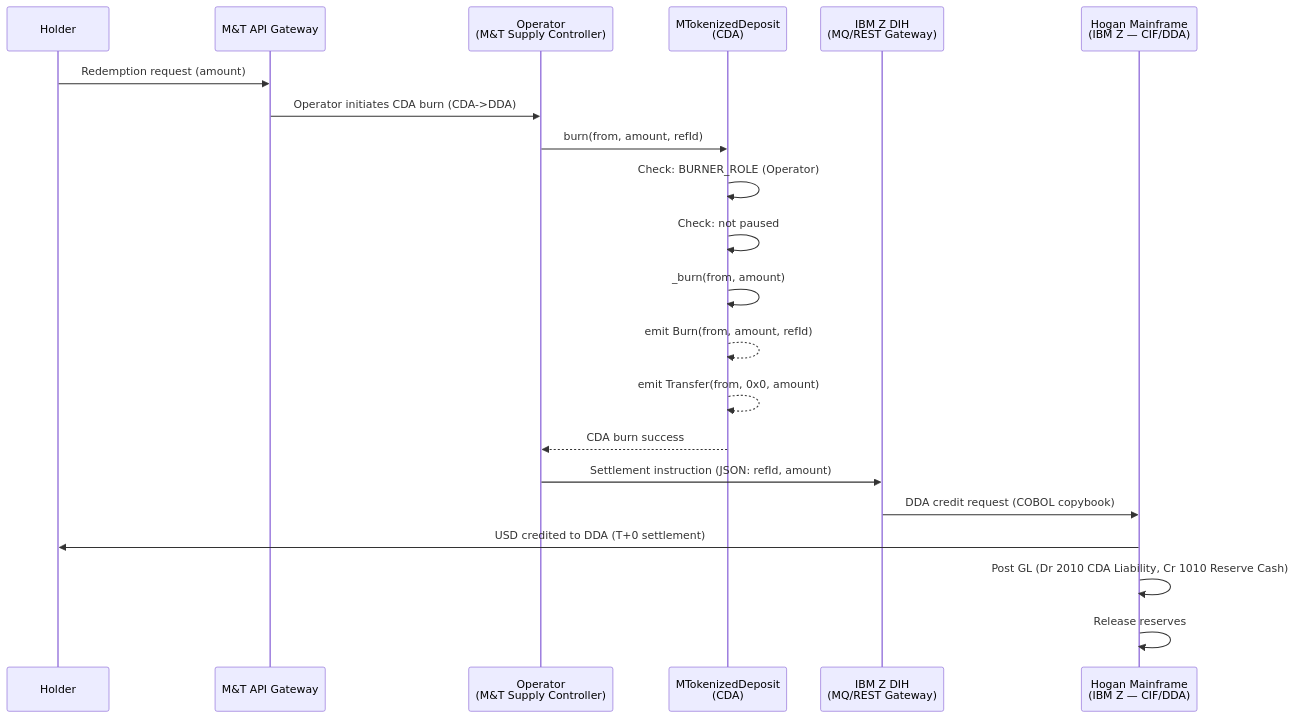
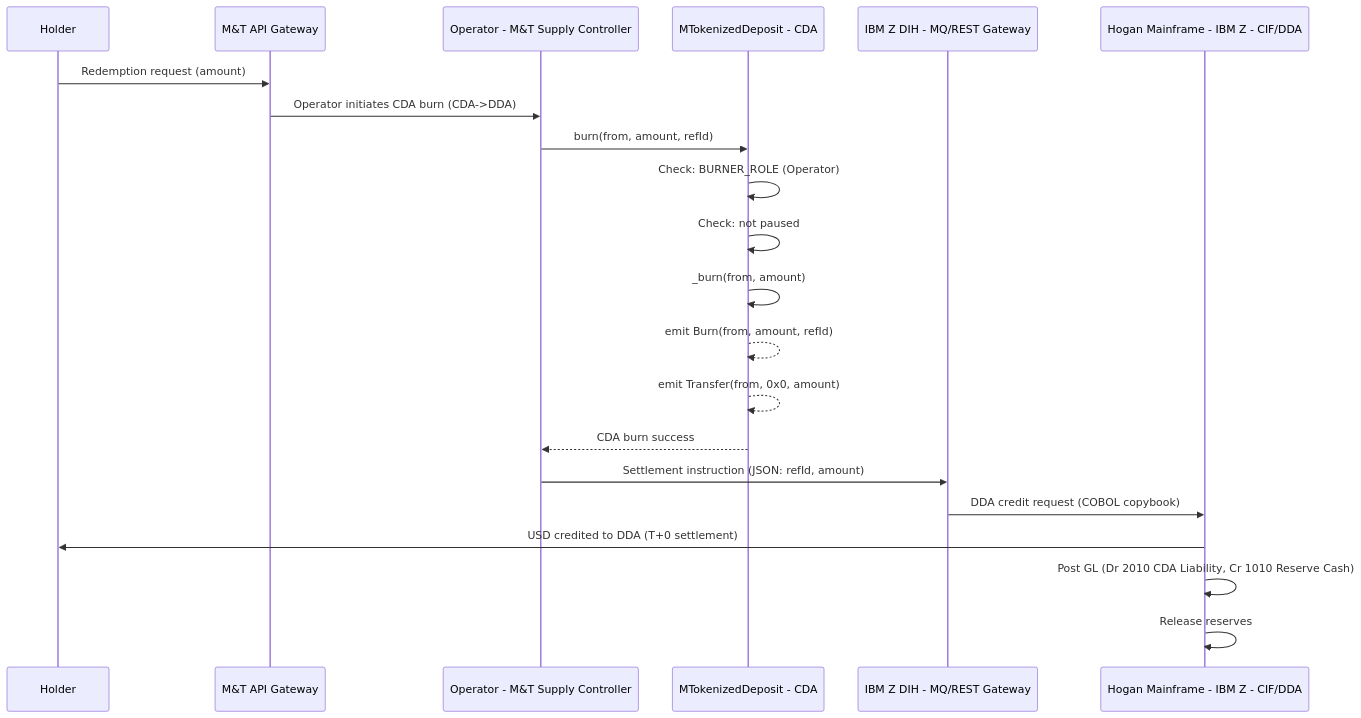
The second of 6 diagrams in docs/contract_flow_diagrams.md (jnodes/tokenized-deposits), drawn with Mermaid before and after one commit. The commit also changed other lines of this file and 6 other files, not shown here.

Commit message:
fix: repair Mermaid diagram syntax for GitHub rendering — quote special chars, remove em-dashes, fix participant labels

````diff
--- a/docs/contract_flow_diagrams.md
+++ b/docs/contract_flow_diagrams.md
@@ -41,24 +41,24 @@
 ```mermaid
 sequenceDiagram
     participant Holder
     participant API as M&T API Gateway
-    participant Operator as Operator<br/>(M&T Supply Controller)
-    participant Token as MTokenizedDeposit<br/>(CDA)
-    participant ZDIH as IBM Z DIH<br/>(MQ/REST Gateway)
-    participant Hogan as Hogan Mainframe<br/>(IBM Z — CIF/DDA)
+    participant Operator as Operator - M&T Supply Controller
+    participant Token as MTokenizedDeposit - CDA
+    participant ZDIH as IBM Z DIH - MQ/REST Gateway
+    participant Hogan as Hogan Mainframe - IBM Z - CIF/DDA
 
     Holder->>API: Redemption request (amount)
     API->>Operator: Operator initiates CDA burn (CDA->DDA)
     Operator->>Token: burn(from, amount, refId)
     Token->>Token: Check: BURNER_ROLE (Operator)
     Token->>Token: Check: not paused
     Token->>Token: _burn(from, amount)
     Token-->>Token: emit Burn(from, amount, refId)
     Token-->>Token: emit Transfer(from, 0x0, amount)
     Token-->>Operator: CDA burn success
     Operator->>ZDIH: Settlement instruction (JSON: refId, amount)
     ZDIH->>Hogan: DDA credit request (COBOL copybook)
     Hogan->>Holder: USD credited to DDA (T+0 settlement)
     Hogan->>Hogan: Post GL (Dr 2010 CDA Liability, Cr 1010 Reserve Cash)
     Hogan->>Hogan: Release reserves
 ```
````
